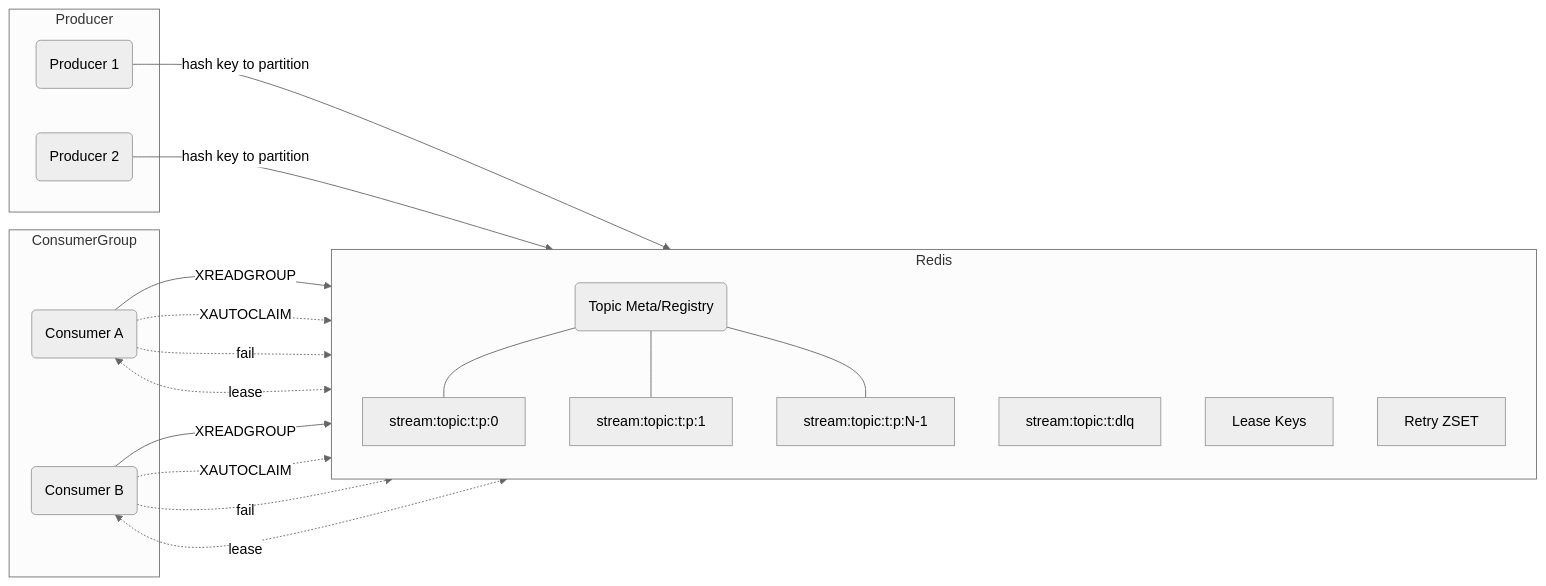
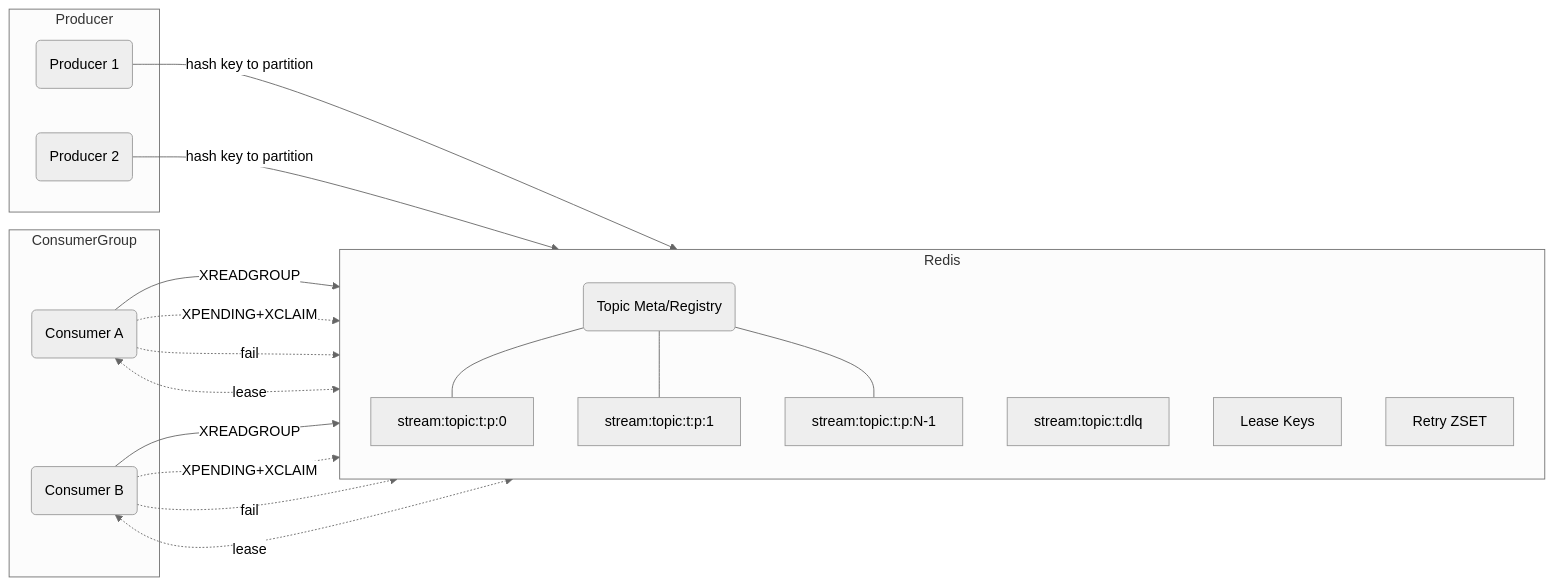
Before and after one commit to cuihairu/redis-streaming: the diagram in docs/MQ-Design.md, drawn with Mermaid (neutral theme). The commit also changed other lines of this file and 26 other files, not shown here.

````diff
--- a/docs/MQ-Design.md
+++ b/docs/MQ-Design.md
@@ -20,34 +23,34 @@
 ```mermaid
 flowchart LR
   subgraph Producer
     P1(Producer 1)
     P2(Producer 2)
   end
   subgraph Redis
     direction TB
     META(Topic Meta/Registry)
     P0[stream:topic:t:p:0]
     P1s[stream:topic:t:p:1]
     PNs[stream:topic:t:p:N-1]
     DLQ[stream:topic:t:dlq]
     LEASE[Lease Keys]
     RETRY[Retry ZSET]
   end
   subgraph ConsumerGroup
     C1(Consumer A)
     C2(Consumer B)
   end
   P1 -->|hash key to partition| P0
   P2 -->|hash key to partition| P1s
   C1 -->|XREADGROUP| P0
   C2 -->|XREADGROUP| P1s
-  C1 -.XAUTOCLAIM.-> P0
-  C2 -.XAUTOCLAIM.-> P1s
+  C1 -.XPENDING+XCLAIM.-> P0
+  C2 -.XPENDING+XCLAIM.-> P1s
   C1 -.fail.-> DLQ
   C2 -.fail.-> DLQ
   C1 <-.lease.-> LEASE
   C2 <-.lease.-> LEASE
   META --- P0
   META --- P1s
   META --- PNs
 ```
````
